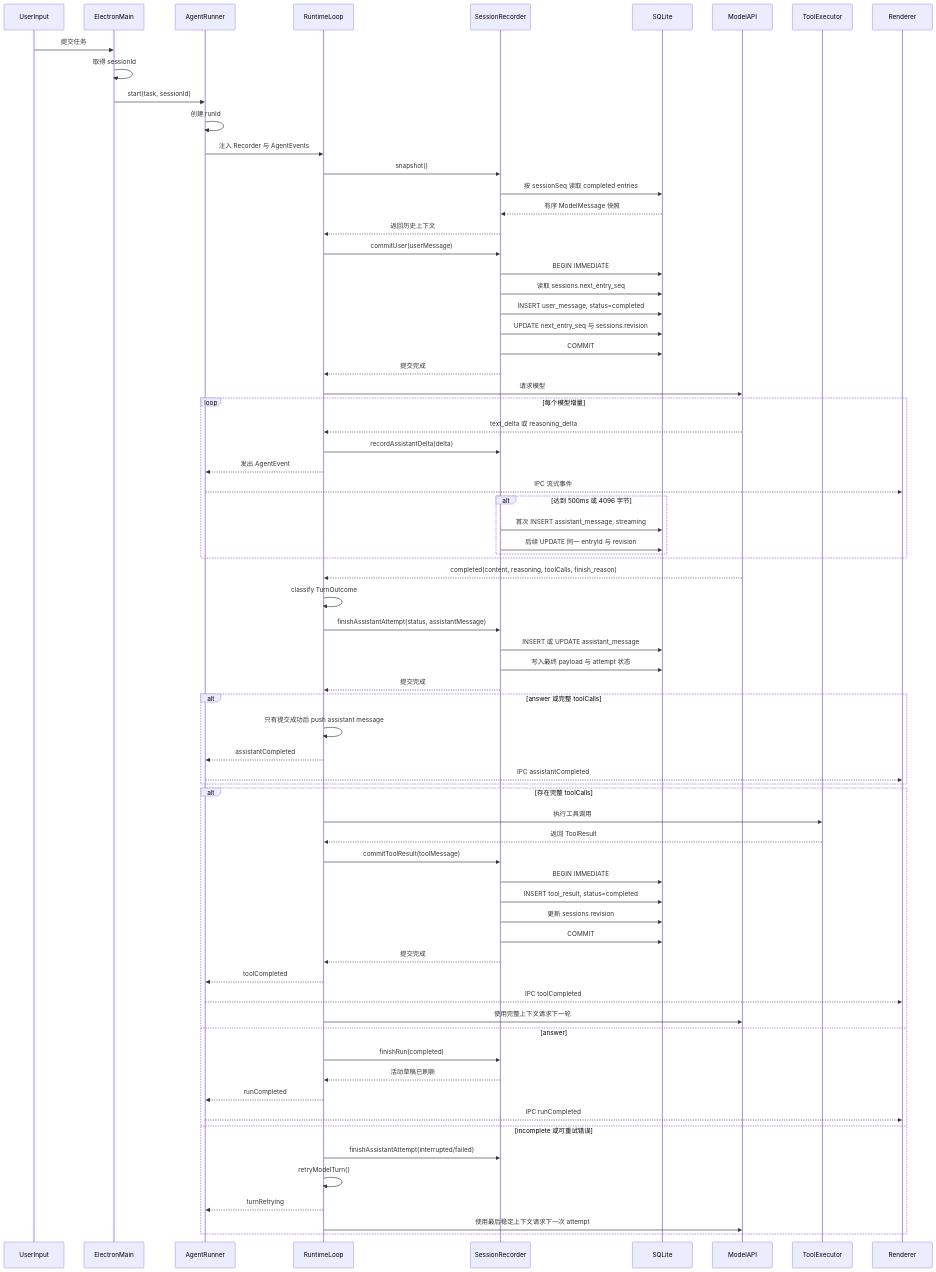
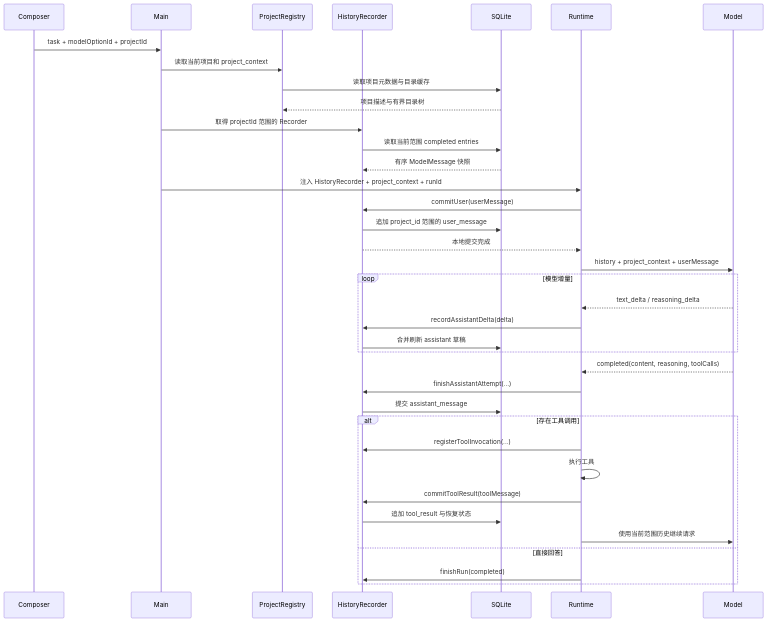
One commit to zephyrwing-ai/I changed the first of 2 diagrams in docs/agent/session-storage-flow.mdx. Above: the diagram before and after it, drawn with Mermaid. The commit also changed other lines of this file and 894 other files, not shown here.

````diff
--- a/docs/agent/session-storage-flow.mdx
+++ b/docs/agent/session-storage-flow.mdx
@@ -27,79 +19,43 @@
 ```mermaid
 sequenceDiagram
-    participant UserInput
-    participant ElectronMain
-    participant AgentRunner
-    participant RuntimeLoop
-    participant SessionRecorder
+    participant Composer
+    participant Main
+    participant ProjectRegistry
+    participant HistoryRecorder
     participant SQLite
-    participant ModelAPI
-    participant ToolExecutor
-    participant Renderer
+    participant Runtime
+    participant Model
 
-    UserInput->>ElectronMain: 提交任务
-    ElectronMain->>ElectronMain: 取得 sessionId
-    ElectronMain->>AgentRunner: start(task, sessionId)
-    AgentRunner->>AgentRunner: 创建 runId
-    AgentRunner->>RuntimeLoop: 注入 Recorder 与 AgentEvents
-    RuntimeLoop->>SessionRecorder: snapshot()
-    SessionRecorder->>SQLite: 按 sessionSeq 读取 completed entries
-    SQLite-->>SessionRecorder: 有序 ModelMessage 快照
-    SessionRecorder-->>RuntimeLoop: 返回历史上下文
+    Composer->>Main: task + modelOptionId + projectId
+    Main->>ProjectRegistry: 读取当前项目和 project_context
+    ProjectRegistry->>SQLite: 读取项目元数据与目录缓存
+    SQLite-->>ProjectRegistry: 项目描述与有界目录树
+    Main->>HistoryRecorder: 取得 projectId 范围的 Recorder
+    HistoryRecorder->>SQLite: 读取当前范围 completed entries
+    SQLite-->>HistoryRecorder: 有序 ModelMessage 快照
+    Main->>Runtime: 注入 HistoryRecorder + project_context + runId
+    Runtime->>HistoryRecorder: commitUser(userMessage)
+    HistoryRecorder->>SQLite: 追加 project_id 范围的 user_message
+    HistoryRecorder-->>Runtime: 本地提交完成
+    Runtime->>Model: history + project_context + userMessage
 
-    RuntimeLoop->>SessionRecorder: commitUser(userMessage)
-    SessionRecorder->>SQLite: BEGIN IMMEDIATE
-    SessionRecorder->>SQLite: 读取 sessions.next_entry_seq
-    SessionRecorder->>SQLite: INSERT user_message, status=completed
-    SessionRecorder->>SQLite: UPDATE next_entry_seq 与 sessions.revision
-    SessionRecorder->>SQLite: COMMIT
-    SessionRecorder-->>RuntimeLoop: 提交完成
-    RuntimeLoop->>ModelAPI: 请求模型
-
-    loop 每个模型增量
-        ModelAPI-->>RuntimeLoop: text_delta 或 reasoning_delta
-        RuntimeLoop->>SessionRecorder: recordAssistantDelta(delta)
-        RuntimeLoop-->>AgentRunner: 发出 AgentEvent
-        AgentRunner-->>Renderer: IPC 流式事件
-        alt 达到 500ms 或 4096 字节
-            SessionRecorder->>SQLite: 首次 INSERT assistant_message, streaming
-            SessionRecorder->>SQLite: 后续 UPDATE 同一 entryId 与 revision
-        end
+    loop 模型增量
+        Model-->>Runtime: text_delta / reasoning_delta
+        Runtime->>HistoryRecorder: recordAssistantDelta(delta)
+        HistoryRecorder->>SQLite: 合并刷新 assistant 草稿
     end
 
-    ModelAPI-->>RuntimeLoop: completed(content, reasoning, toolCalls, finish_reason)
-    RuntimeLoop->>RuntimeLoop: classify TurnOutcome
-    RuntimeLoop->>SessionRecorder: finishAssistantAttempt(status, assistantMessage)
-    SessionRecorder->>SQLite: INSERT 或 UPDATE assistant_message
-    SessionRecorder->>SQLite: 写入最终 payload 与 attempt 状态
-    SessionRecorder-->>RuntimeLoop: 提交完成
+    Model-->>Runtime: completed(content, reasoning, toolCalls)
+    Runtime->>HistoryRecorder: finishAssistantAttempt(...)
+    HistoryRecorder->>SQLite: 提交 assistant_message
 
-    alt answer 或完整 toolCalls
-        RuntimeLoop->>RuntimeLoop: 只有提交成功后 push assistant message
-        RuntimeLoop-->>AgentRunner: assistantCompleted
-        AgentRunner-->>Renderer: IPC assistantCompleted
-    end
-
-    alt 存在完整 toolCalls
-        RuntimeLoop->>ToolExecutor: 执行工具调用
-        ToolExecutor-->>RuntimeLoop: 返回 ToolResult
-        RuntimeLoop->>SessionRecorder: commitToolResult(toolMessage)
-        SessionRecorder->>SQLite: BEGIN IMMEDIATE
-        SessionRecorder->>SQLite: INSERT tool_result, status=completed
-        SessionRecorder->>SQLite: 更新 sessions.revision
-        SessionRecorder->>SQLite: COMMIT
-        SessionRecorder-->>RuntimeLoop: 提交完成
-        RuntimeLoop-->>AgentRunner: toolCompleted
-        AgentRunner-->>Renderer: IPC toolCompleted
-        RuntimeLoop->>ModelAPI: 使用完整上下文请求下一轮
-    else answer
-        RuntimeLoop->>SessionRecorder: finishRun(completed)
-        SessionRecorder-->>RuntimeLoop: 活动草稿已刷新
-        RuntimeLoop-->>AgentRunner: runCompleted
-        AgentRunner-->>Renderer: IPC runCompleted
-    else incomplete 或可重试错误
-        RuntimeLoop->>SessionRecorder: finishAssistantAttempt(interrupted/failed)
-        RuntimeLoop->>RuntimeLoop: retryModelTurn()
-        RuntimeLoop-->>AgentRunner: turnRetrying
-        RuntimeLoop->>ModelAPI: 使用最后稳定上下文请求下一次 attempt
+    alt 存在工具调用
+        Runtime->>HistoryRecorder: registerToolInvocation(...)
+        Runtime->>Runtime: 执行工具
+        Runtime->>HistoryRecorder: commitToolResult(toolMessage)
+        HistoryRecorder->>SQLite: 追加 tool_result 与恢复状态
+        Runtime->>Model: 使用当前范围历史继续请求
+    else 直接回答
+        Runtime->>HistoryRecorder: finishRun(completed)
     end
 ```
````
